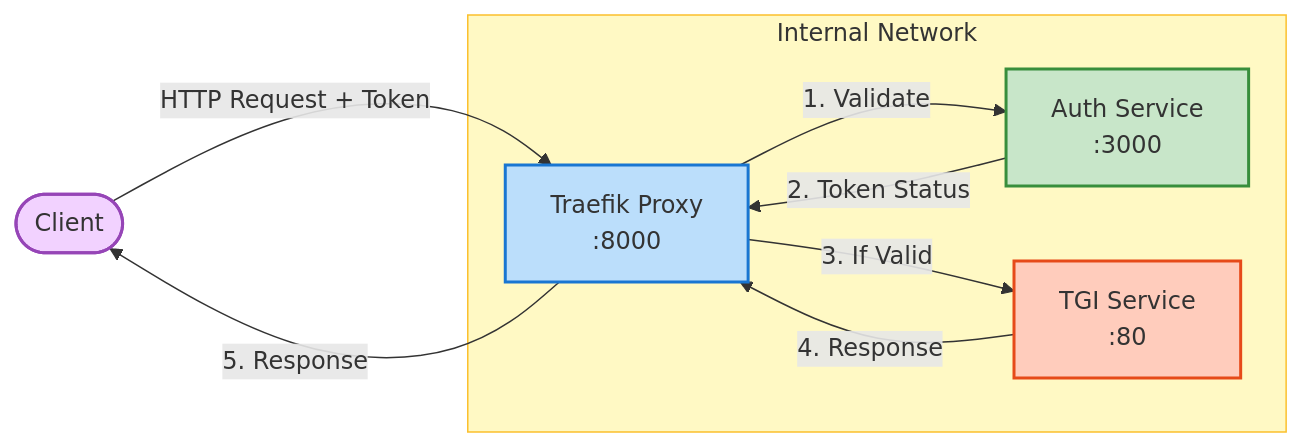
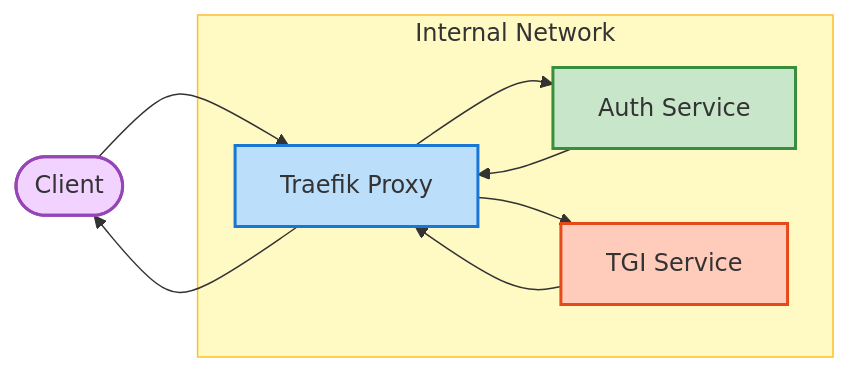
The diagram in Readme.md (rahulunair/xpu_tgi), drawn with Mermaid before and after one commit.

````diff
--- a/Readme.md
+++ b/Readme.md
@@ -29,33 +29,33 @@
 ```mermaid
-graph LR
-    %% Nodes
+flowchart LR
     Client([Client])
-    Traefik[Traefik Proxy\n:8000]
-    Auth[Auth Service\n:3000]
-    TGI[TGI Service\n:80]
-    
-    %% Connections
-    Client -->|HTTP Request + Token| Traefik
-    
+    Traefik[Traefik Proxy]
+    Auth[Auth Service]
+    TGI[TGI Service]
+
+    Client --> Traefik
+    Traefik --> Auth
+    Auth --> Traefik
+    Traefik --> TGI
+    TGI --> Traefik
+    Traefik --> Client
+
     subgraph Internal["Internal Network"]
-        Traefik -->|1. Validate| Auth
-        Auth -->|2. Token Status| Traefik
-        Traefik -->|3. If Valid| TGI
-        TGI -->|4. Response| Traefik
+        Traefik
+        Auth
+        TGI
     end
-    
-    Traefik -->|5. Response| Client
-    
-    %% Styling
-    classDef client fill:#f2d2ff,stroke:#9645b7,stroke-width:2px
-    classDef proxy fill:#bbdefb,stroke:#1976d2,stroke-width:2px
-    classDef auth fill:#c8e6c9,stroke:#388e3c,stroke-width:2px
-    classDef tgi fill:#ffccbc,stroke:#e64a19,stroke-width:2px
-    classDef network fill:#fff9c4,stroke:#fbc02d,stroke-width:1px
-    
-    class Client client
-    class Traefik proxy
-    class Auth auth
-    class TGI tgi
-    class Internal network
+
+    classDef client fill:#f2d2ff,stroke:#9645b7,stroke-width:2px;
+    classDef proxy fill:#bbdefb,stroke:#1976d2,stroke-width:2px;
+    classDef auth fill:#c8e6c9,stroke:#388e3c,stroke-width:2px;
+    classDef tgi fill:#ffccbc,stroke:#e64a19,stroke-width:2px;
+    classDef network fill:#fff9c4,stroke:#fbc02d,stroke-width:1px;
+
+    class Client client;
+    class Traefik proxy;
+    class Auth auth;
+    class TGI tgi;
+    class Internal network;
+
 ```
````
